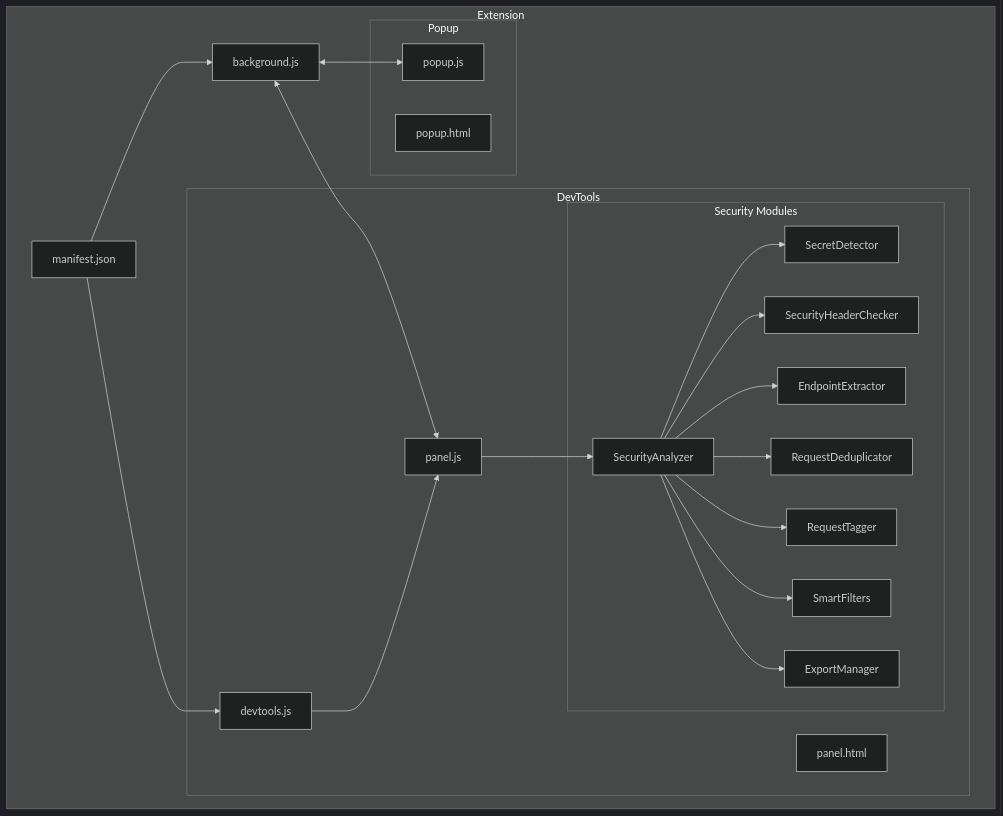
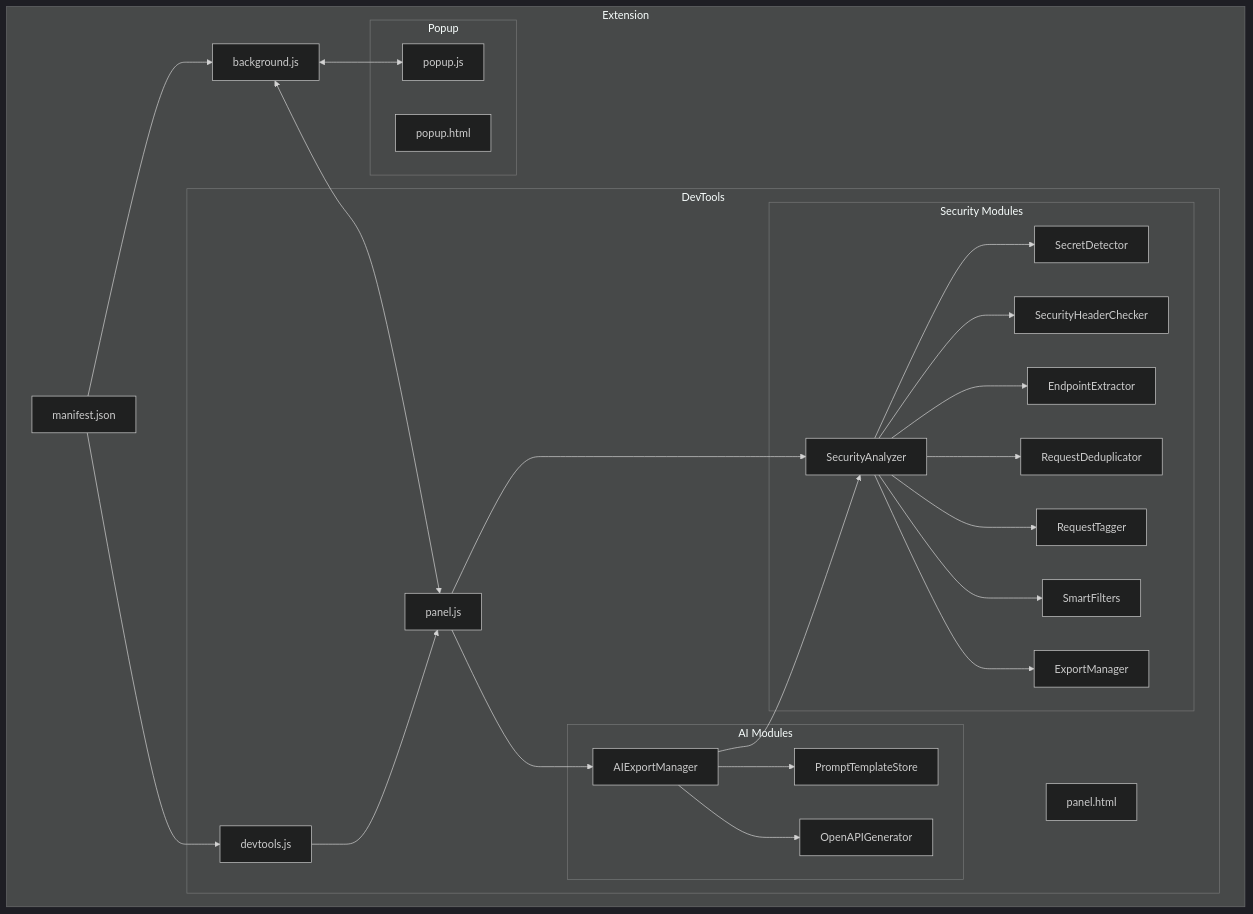
Before and after one commit to venantvr-security/firefox-autohar-extension: the first of 5 diagrams in README.md, drawn with Mermaid (dark theme). The commit also changed other lines of this file, not shown here.

Commit message:
docs: Ajout modules AI dans architecture Mermaid + workflow AI Export

````diff
--- a/README.md
+++ b/README.md
@@ -129,43 +129,53 @@
 ```mermaid
 graph TB
     subgraph Extension
         M[manifest.json]
         BG[background.js]
 
         subgraph DevTools
             DT[devtools.js]
             P[panel.js]
             PH[panel.html]
 
             subgraph Security Modules
                 SA[SecurityAnalyzer]
                 SD[SecretDetector]
                 SH[SecurityHeaderChecker]
                 EE[EndpointExtractor]
                 RD[RequestDeduplicator]
                 RT[RequestTagger]
                 SF[SmartFilters]
                 EM[ExportManager]
             end
+
+            subgraph AI Modules
+                AEM[AIExportManager]
+                PTS[PromptTemplateStore]
+                OAG[OpenAPIGenerator]
+            end
         end
 
         subgraph Popup
             PP[popup.js]
             PPH[popup.html]
         end
     end
 
     M --> BG
     M --> DT
     DT --> P
     P --> SA
     SA --> SD
     SA --> SH
     SA --> EE
     SA --> RD
     SA --> RT
     SA --> SF
     SA --> EM
+    P --> AEM
+    AEM --> PTS
+    AEM --> OAG
+    AEM --> SA
     BG <--> P
     BG <--> PP
 ```
````
